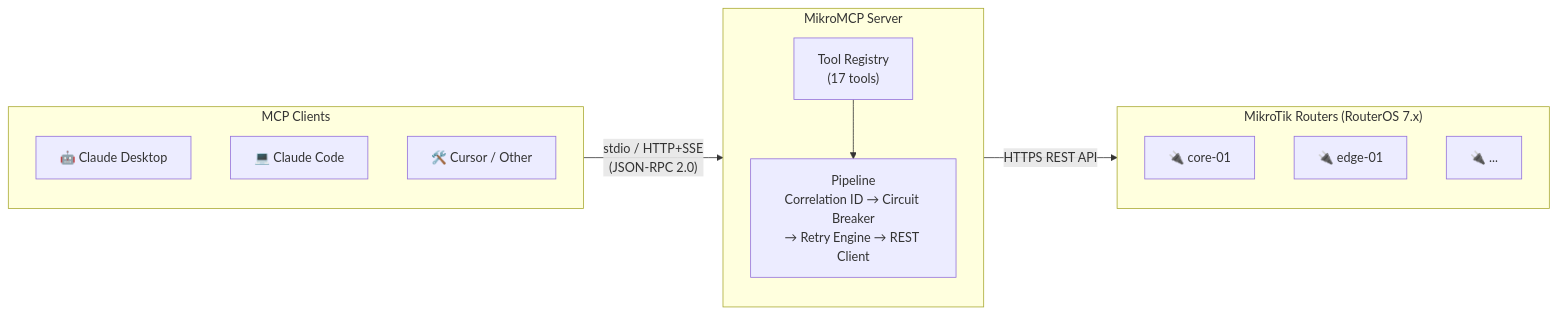
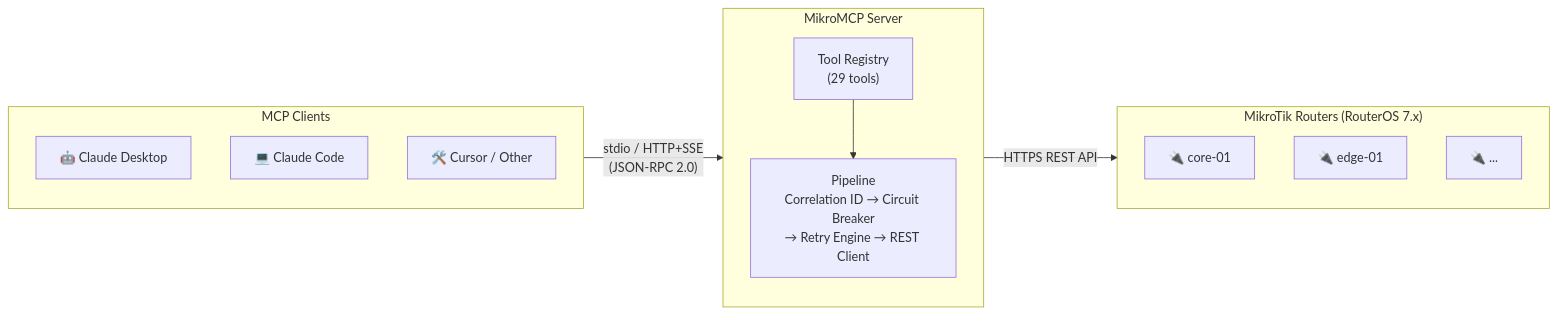
Before and after one commit to AliKarami/MikroMCP: the diagram in README.md, drawn with Mermaid. The commit also changed other lines of this file and 1 other file, not shown here.

Commit message:
docs: mark v0.4 complete, update tool count and available tools table

````diff
--- a/README.md
+++ b/README.md
@@ -25,24 +25,24 @@
 ```mermaid
 flowchart LR
     subgraph Clients["MCP Clients"]
         A["🤖 Claude Desktop"]
         B["💻 Claude Code"]
         C["🛠️ Cursor / Other"]
     end
 
     subgraph MikroMCP["MikroMCP Server"]
         direction TB
-        TR["Tool Registry\n(17 tools)"]
+        TR["Tool Registry\n(29 tools)"]
         PL["Pipeline\nCorrelation ID → Circuit Breaker\n→ Retry Engine → REST Client"]
         TR --> PL
     end
 
     subgraph Routers["MikroTik Routers (RouterOS 7.x)"]
         R1["🔌 core-01"]
         R2["🔌 edge-01"]
         R3["🔌 ..."]
     end
 
     Clients -- "stdio / HTTP+SSE\n(JSON-RPC 2.0)" --> MikroMCP
     MikroMCP -- "HTTPS REST API" --> Routers
 ```
````
